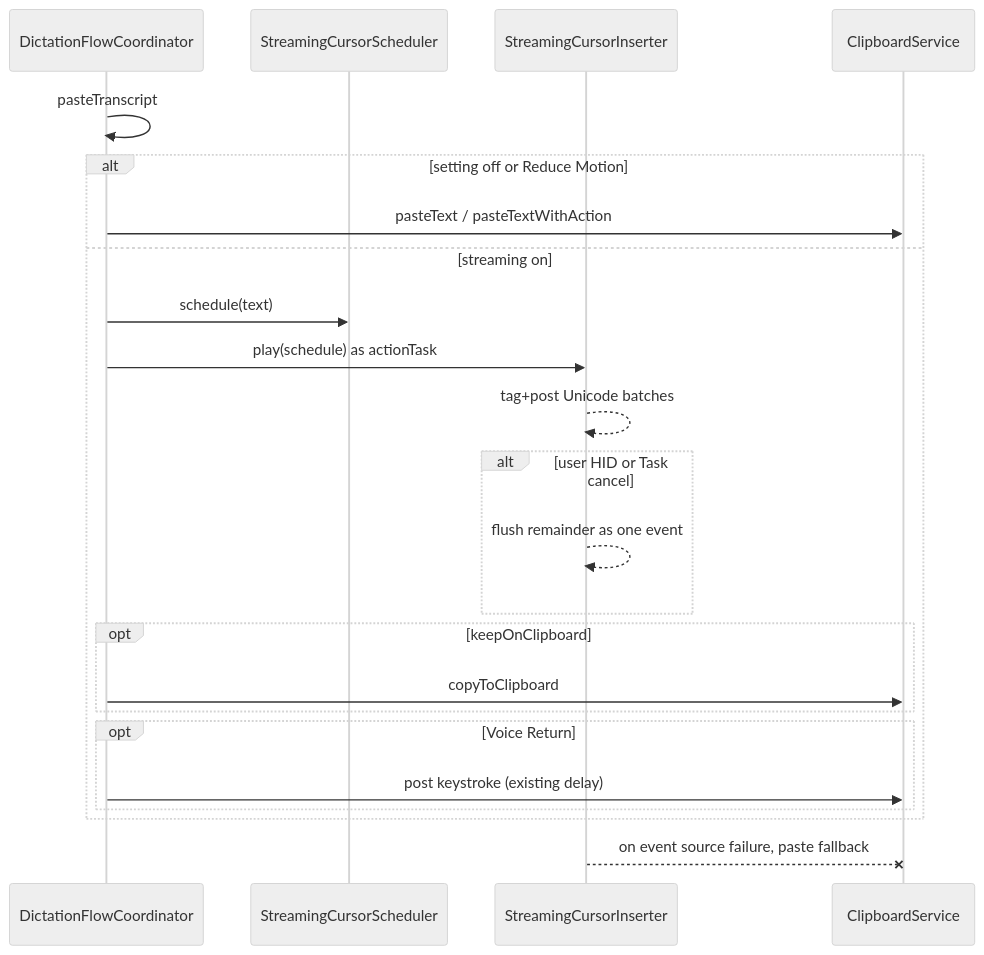
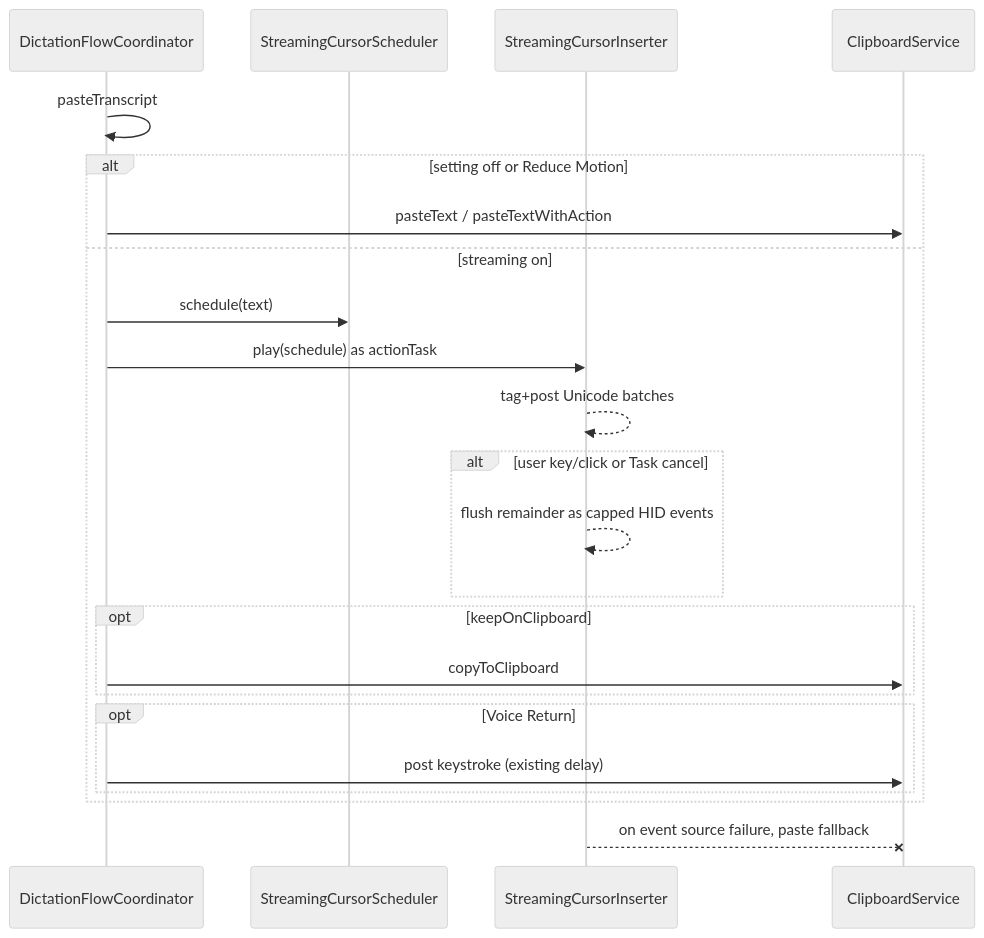
One commit to Raphjacksun7/macparakeet changed the diagram in docs/plans/2026-09-17-issue-449-streaming-cursor.md. Above: the diagram before and after it, drawn with Mermaid (neutral theme). The commit also changed other lines of this file and 5 other files, not shown here.

````diff
--- a/docs/plans/2026-09-17-issue-449-streaming-cursor.md
+++ b/docs/plans/2026-09-17-issue-449-streaming-cursor.md
@@ -85,25 +85,25 @@
 ```mermaid
 sequenceDiagram
   participant C as DictationFlowCoordinator
   participant S as StreamingCursorScheduler
   participant I as StreamingCursorInserter
   participant P as ClipboardService
   C->>C: pasteTranscript
   alt setting off or Reduce Motion
     C->>P: pasteText / pasteTextWithAction
   else streaming on
     C->>S: schedule(text)
     C->>I: play(schedule) as actionTask
     I-->>I: tag+post Unicode batches
-    alt user HID or Task cancel
-      I-->>I: flush remainder as one event
+    alt user key/click or Task cancel
+      I-->>I: flush remainder as capped HID events
     end
     opt keepOnClipboard
       C->>P: copyToClipboard
     end
     opt Voice Return
       C->>P: post keystroke (existing delay)
     end
   end
   I--xP: on event source failure, paste fallback
 ```
````
